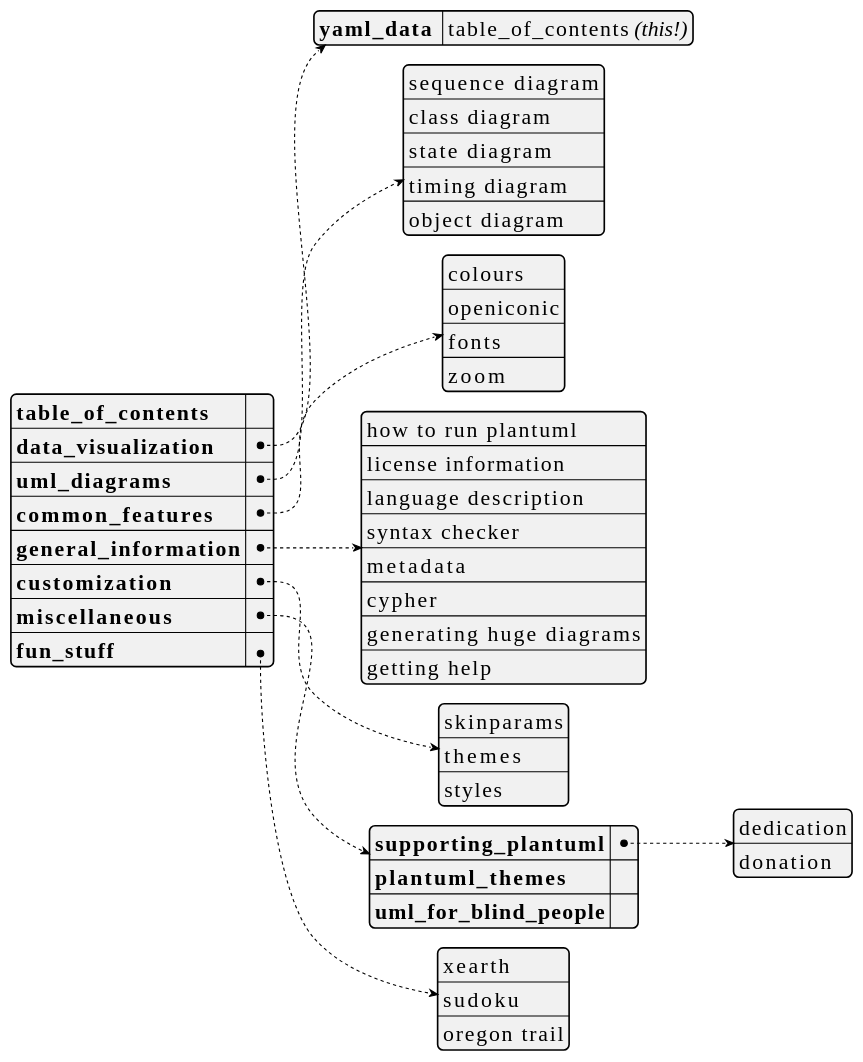
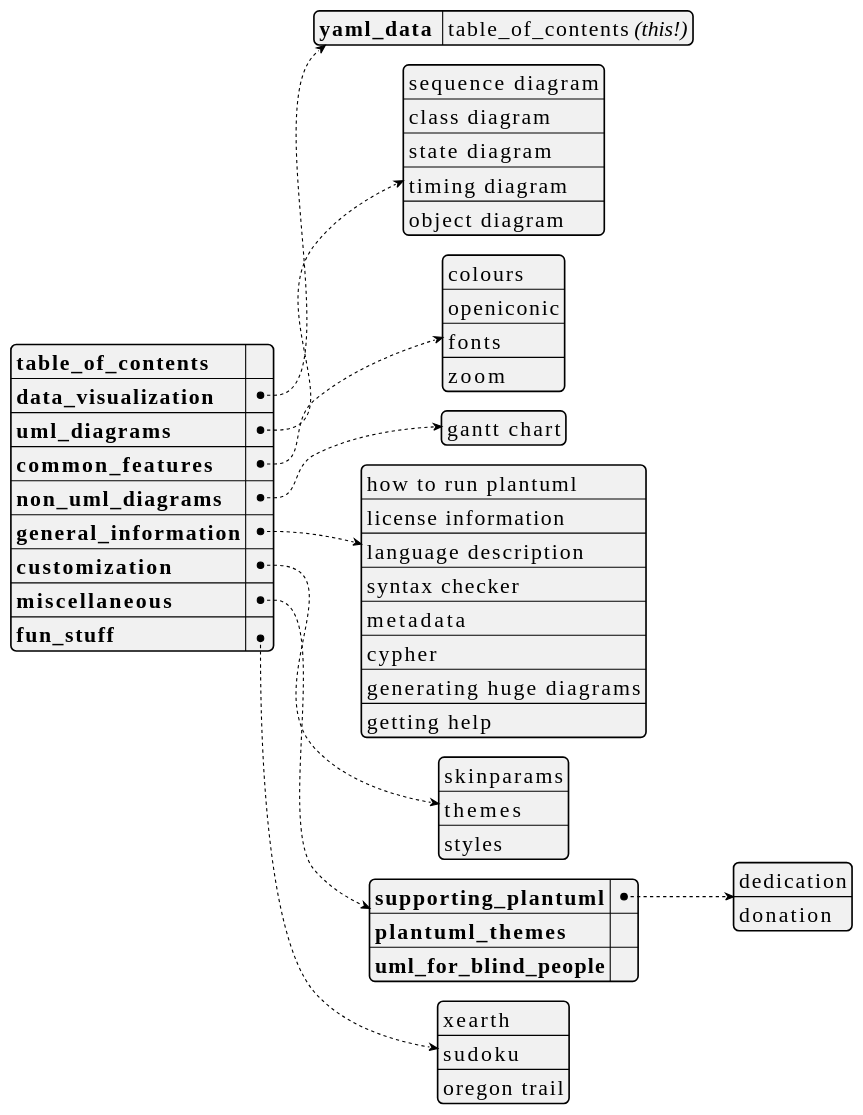
Before and after one commit to dragondive/heavens-arena: the first of 30 diagrams in plantuml_demo.md, drawn with PlantUML. The commit also changed other lines of this file, not shown here.

Commit message:
added demo: gantt chart

````diff
--- a/plantuml_demo.md
+++ b/plantuml_demo.md
@@ -26,60 +26,62 @@
 ```plantuml
 @startyaml
 <style>
 yamlDiagram {
     node {
         ' use a constant width font because that's what developers do.
         FontName Consolas
         FontSize 20
     }
 }
 </style>
 
 /'TODO:
 It would be cool to hyperlink the entries in the table_of_contents to the
 respective section in the document. Not only would it further accentuate the
 [Medium Awareness](https://tvtropes.org/pmwiki/pmwiki.php/Main/MediumAwareness)
 of this yaml document, but also augment the
 [Anachronic Order](https://tvtropes.org/pmwiki/pmwiki.php/Main/AnachronicOrder)
 of the outer markdown document.
 '/
 
 **table_of_contents**: ""  /' workaround: empty string here to avoid dummy link '/
 data_visualization:
     yaml_data : table_of_contents //(this!)//
 uml_diagrams:
     - sequence diagram
     - class diagram
     - state diagram
     - timing diagram
     - object diagram
 common_features:
     - colours
     - openiconic
     - fonts
     - zoom
+non_uml_diagrams:
+    - gantt chart
 general_information:
     - how to run plantuml
     - license information
     - language description
     - syntax checker
     - metadata
     - cypher
     - generating huge diagrams
     - getting help
 customization:
     - skinparams
     - themes
     - styles
 miscellaneous:
     supporting_plantuml:
         - dedication
         - donation
     plantuml_themes: ""
     uml_for_blind_people: ""
 fun_stuff:
     - xearth
     - sudoku
     - oregon trail
 @endyaml
 ```
````
